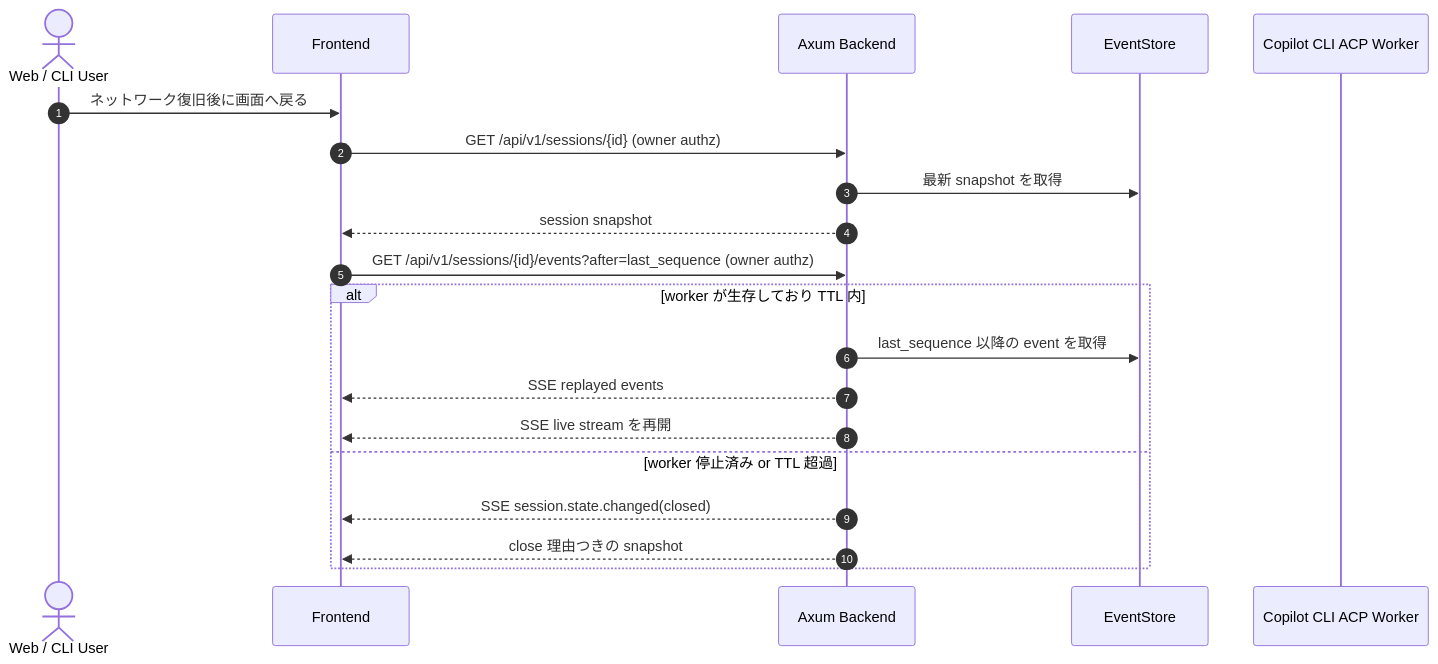
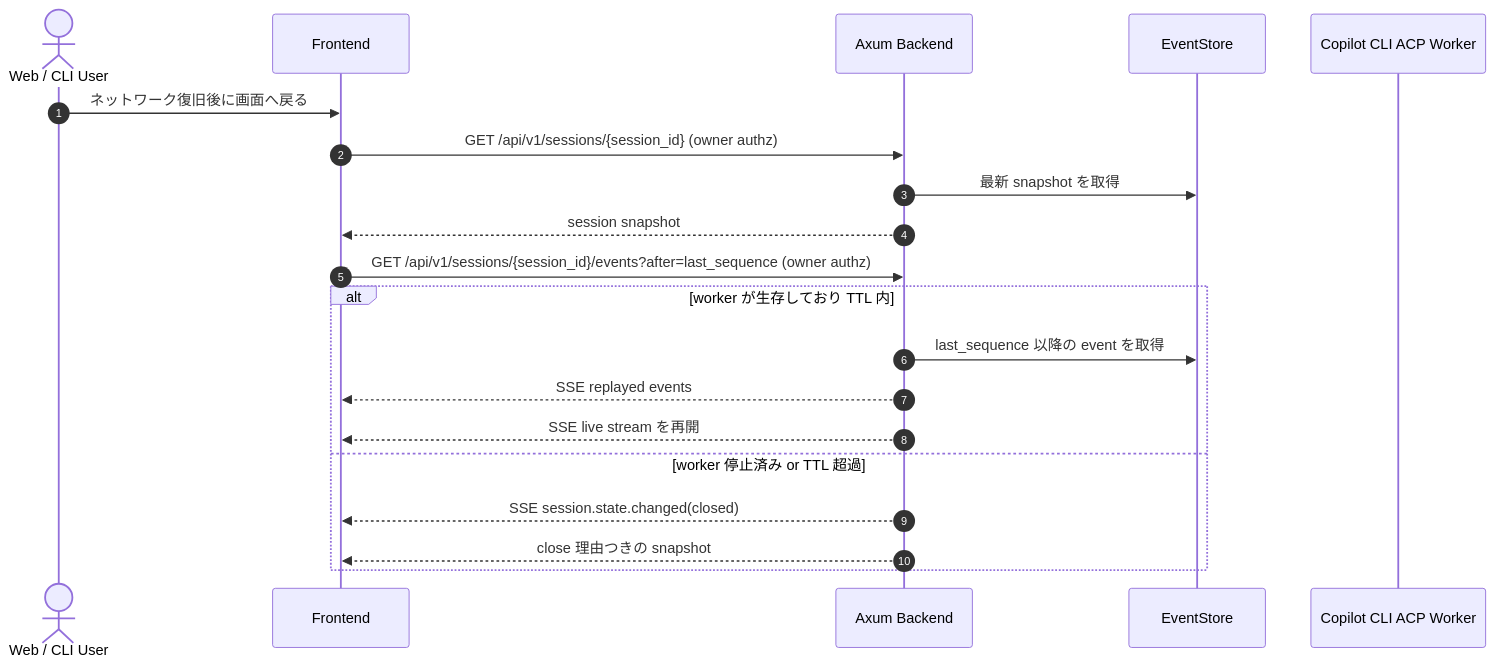
Before and after one commit to chalharu/acp-orchestrator: the eighth of 12 diagrams in docs/explanation/acp-web-cli-architecture.md, drawn with Mermaid. The commit also changed other lines of this file and 3 other files, not shown here.

Commit message:
docs(architecture): add workspace hierarchy design

````diff
--- a/docs/explanation/acp-web-cli-architecture.md
+++ b/docs/explanation/acp-web-cli-architecture.md
@@ -486,24 +523,24 @@
 ```mermaid
 sequenceDiagram
     autonumber
     actor User as Web / CLI User
     participant Frontend as Frontend
     participant Backend as Axum Backend
     participant EventStore as EventStore
     participant Worker as Copilot CLI ACP Worker
 
     User->>Frontend: ネットワーク復旧後に画面へ戻る
-    Frontend->>Backend: GET /api/v1/sessions/{id} (owner authz)
+    Frontend->>Backend: GET /api/v1/sessions/{session_id} (owner authz)
     Backend->>EventStore: 最新 snapshot を取得
     Backend-->>Frontend: session snapshot
-    Frontend->>Backend: GET /api/v1/sessions/{id}/events?after=last_sequence (owner authz)
+    Frontend->>Backend: GET /api/v1/sessions/{session_id}/events?after=last_sequence (owner authz)
 
     alt worker が生存しており TTL 内
         Backend->>EventStore: last_sequence 以降の event を取得
         Backend-->>Frontend: SSE replayed events
         Backend-->>Frontend: SSE live stream を再開
     else worker 停止済み or TTL 超過
         Backend-->>Frontend: SSE session.state.changed(closed)
         Backend-->>Frontend: close 理由つきの snapshot
     end
 ```
````
